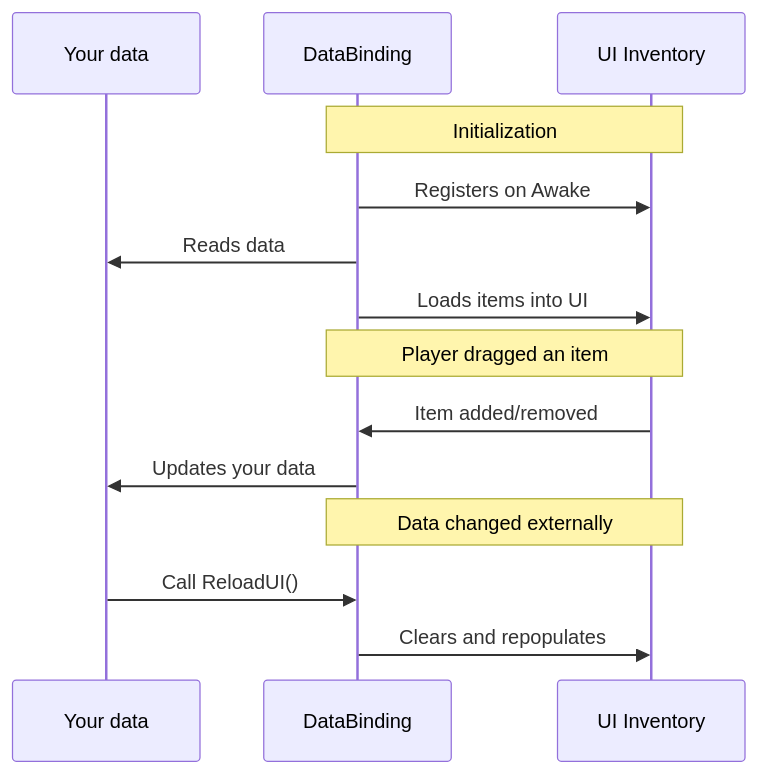
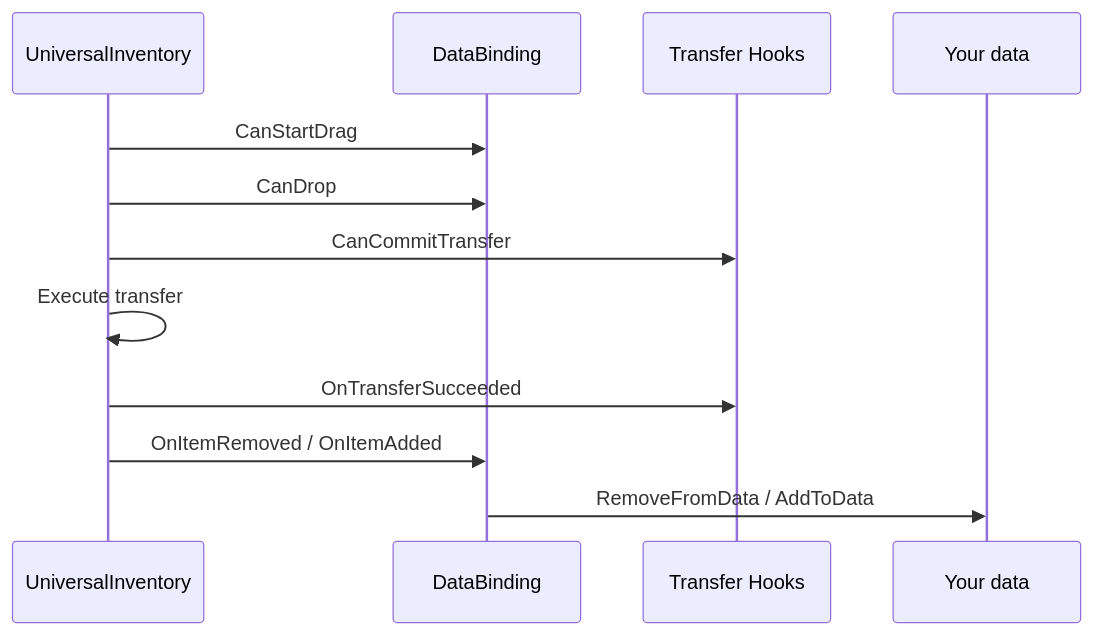
Before and after one commit to SergeevSergey99/DragAndDropSystem-Docs: the second of 2 diagrams in .docs/content/architecture/data-binding.en.md, drawn with Mermaid. The commit also changed other lines of this file and 16 other files, not shown here.

````diff
--- a/.docs/content/architecture/data-binding.en.md
+++ b/.docs/content/architecture/data-binding.en.md
@@ -25,19 +31,15 @@
 ```mermaid
 sequenceDiagram
+    participant UI as UniversalInventory
+    participant DB as DataBinding
+    participant Domain as Transfer Hooks
     participant Data as Your data
-    participant DB as DataBinding
-    participant UI as UI Inventory
 
-    Note over DB,UI: Initialization
-    DB->>UI: Registers on Awake
-    DB->>Data: Reads data
-    DB->>UI: Loads items into UI
-
-    Note over DB,UI: Player dragged an item
-    UI->>DB: Item added/removed
-    DB->>Data: Updates your data
-
-    Note over DB,UI: Data changed externally
-    Data->>DB: Call ReloadUI()
-    DB->>UI: Clears and repopulates
+    UI->>DB: CanStartDrag
+    UI->>DB: CanDrop
+    UI->>Domain: CanCommitTransfer
+    UI->>UI: Execute transfer
+    UI->>Domain: OnTransferSucceeded
+    UI->>DB: OnItemRemoved / OnItemAdded
+    DB->>Data: RemoveFromData / AddToData
 ```
````
